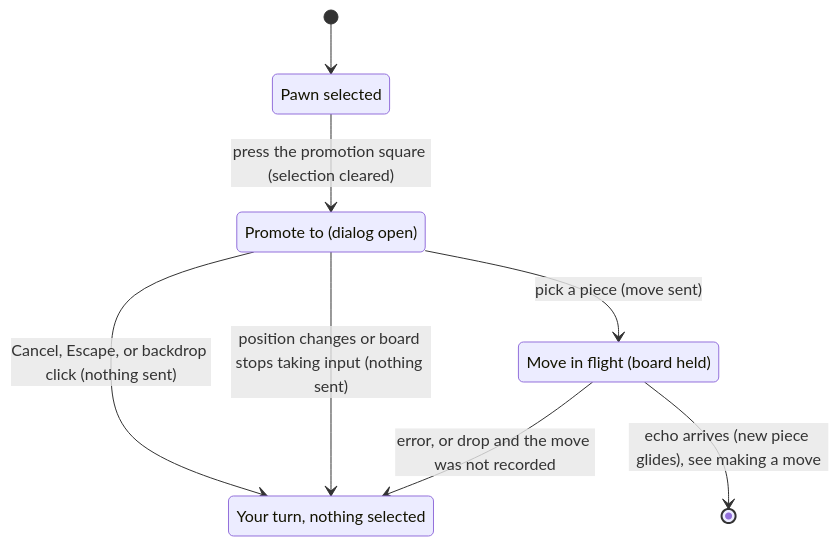
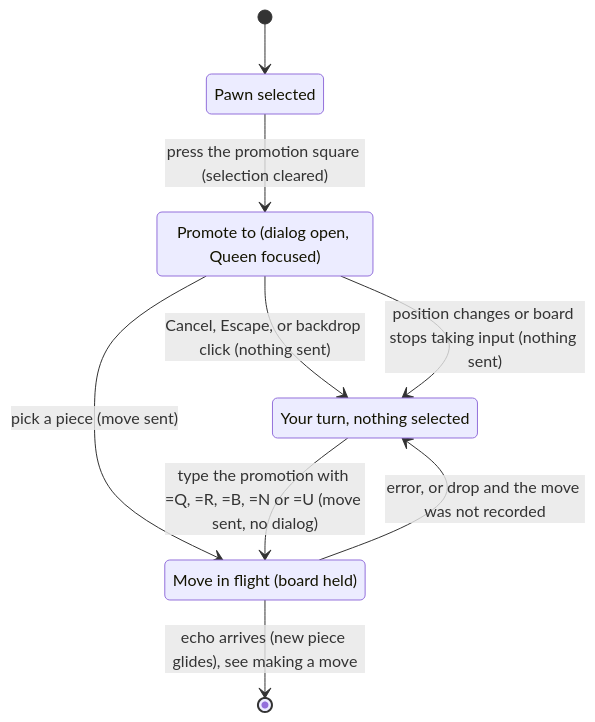
Before and after one commit to howard36/3d-chess: the diagram in product-description/play/promotion.md, drawn with Mermaid. The commit also changed other lines of this file and 5 other files, not shown here.

````diff
--- a/product-description/play/promotion.md
+++ b/product-description/play/promotion.md
@@ -17,14 +17,15 @@
 ```mermaid
 stateDiagram-v2
     state "Pawn selected" as selected
-    state "Promote to (dialog open)" as dialog
+    state "Promote to (dialog open, Queen focused)" as dialog
     state "Move in flight (board held)" as flight
     state "Your turn, nothing selected" as idle
     [*] --> selected
     selected --> dialog : press the promotion square (selection cleared)
     dialog --> idle : Cancel, Escape, or backdrop click (nothing sent)
     dialog --> idle : position changes or board stops taking input (nothing sent)
     dialog --> flight : pick a piece (move sent)
+    idle --> flight : type the promotion with =Q, =R, =B, =N or =U (move sent, no dialog)
     flight --> [*] : echo arrives (new piece glides), see making a move
     flight --> idle : error, or drop and the move was not recorded
 ```
````
